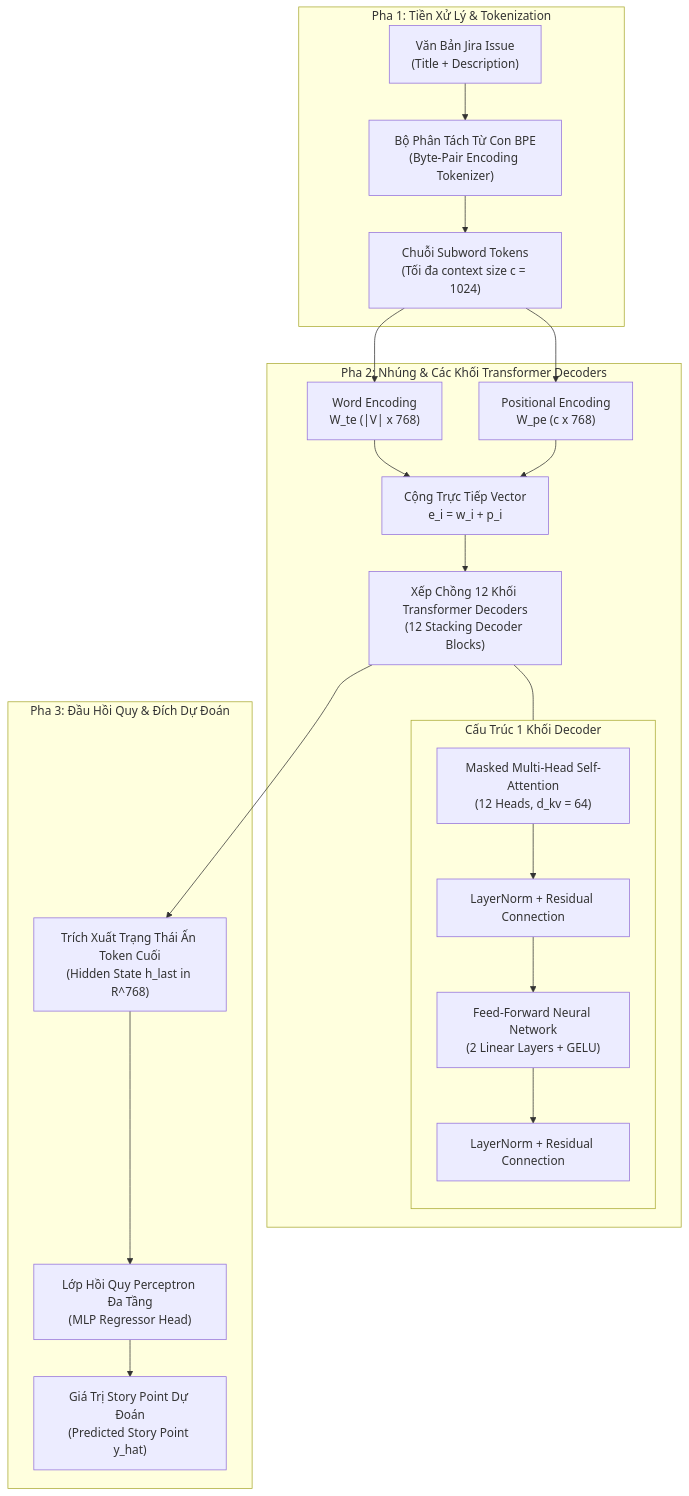
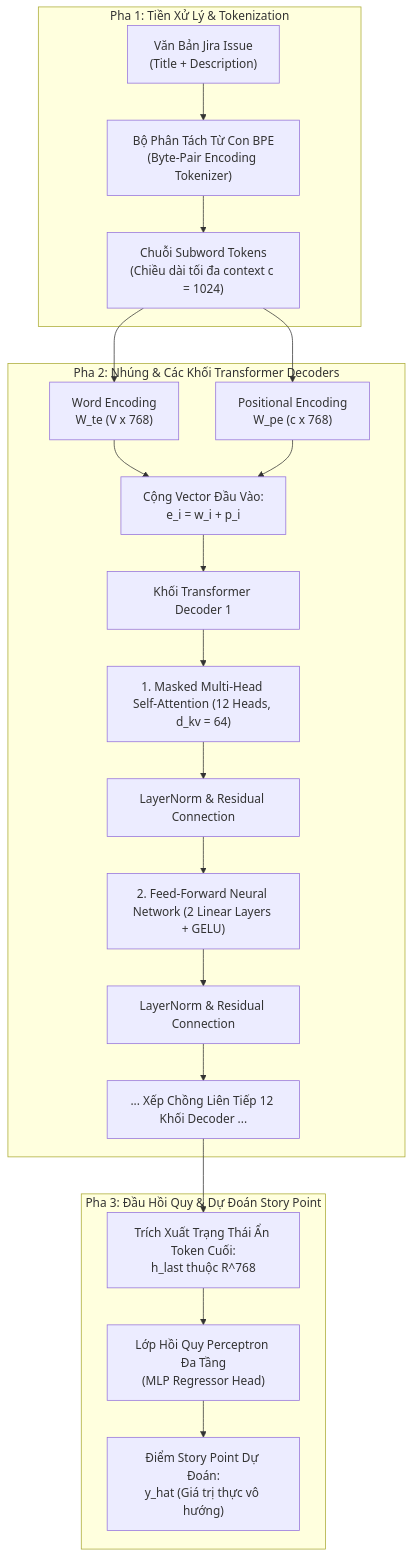
Before and after one commit to snowflake-vibing/NCKH_Johnny_Snowflake: the diagram in docs/articles/paper-information/explanation/03_the_gpt2sp_architecture.md, drawn with Mermaid. The commit also changed other lines of this file, not shown here.

Commit message:
docs(explanation): fix Mermaid diagram syntax and KaTeX display math in Chapter 3

````diff
--- a/docs/articles/paper-information/explanation/03_the_gpt2sp_architecture.md
+++ b/docs/articles/paper-information/explanation/03_the_gpt2sp_architecture.md
@@ -14,28 +14,26 @@
 ```mermaid
 flowchart TD
     subgraph P1["Pha 1: Tiền Xử Lý & Tokenization"]
-        Raw["Văn Bản Jira Issue\n(Title + Description)"] --> BPE["Bộ Phân Tách Từ Con BPE\n(Byte-Pair Encoding Tokenizer)"]
-        BPE --> Subwords["Chuỗi Subword Tokens\n(Tối đa context size c = 1024)"]
+        Raw["Văn Bản Jira Issue<br/>(Title + Description)"] --> BPE["Bộ Phân Tách Từ Con BPE<br/>(Byte-Pair Encoding Tokenizer)"]
+        BPE --> Subwords["Chuỗi Subword Tokens<br/>(Chiều dài tối đa context c = 1024)"]
     end
 
     subgraph P2["Pha 2: Nhúng & Các Khối Transformer Decoders"]
-        Subwords --> WE["Word Encoding\nW_te (|V| x 768)"]
-        Subwords --> PE["Positional Encoding\nW_pe (c x 768)"]
-        WE & PE --> Add["Cộng Trực Tiếp Vector\ne_i = w_i + p_i"]
-        Add --> Blocks["Xếp Chồng 12 Khối Transformer Decoders\n(12 Stacking Decoder Blocks)"]
-        
-        subgraph InsideBlock["Cấu Trúc 1 Khối Decoder"]
-            direction TB
-            Attn["Masked Multi-Head Self-Attention\n(12 Heads, d_kv = 64)"] --> LN1["LayerNorm + Residual Connection"]
-            LN1 --> FFN["Feed-Forward Neural Network\n(2 Linear Layers + GELU)"]
-            FFN --> LN2["LayerNorm + Residual Connection"]
-        end
-        Blocks --- InsideBlock
+        Subwords --> WE["Word Encoding<br/>W_te (V x 768)"]
+        Subwords --> PE["Positional Encoding<br/>W_pe (c x 768)"]
+        WE --> Add["Cộng Vector Đầu Vào:<br/>e_i = w_i + p_i"]
+        PE --> Add
+        Add --> Block1["Khối Transformer Decoder 1"]
+        Block1 --> Attn["1. Masked Multi-Head Self-Attention (12 Heads, d_kv = 64)"]
+        Attn --> LN1["LayerNorm & Residual Connection"]
+        LN1 --> FFN["2. Feed-Forward Neural Network (2 Linear Layers + GELU)"]
+        FFN --> LN2["LayerNorm & Residual Connection"]
+        LN2 --> Stack["... Xếp Chồng Liên Tiếp 12 Khối Decoder ..."]
     end
 
-    subgraph P3["Pha 3: Đầu Hồi Quy & Đích Dự Đoán"]
-        Blocks --> LastToken["Trích Xuất Trạng Thái Ẩn Token Cuối\n(Hidden State h_last in R^768)"]
-        LastToken --> MLP["Lớp Hồi Quy Perceptron Đa Tầng\n(MLP Regressor Head)"]
-        MLP --> Output["Giá Trị Story Point Dự Đoán\n(Predicted Story Point y_hat)"]
+    subgraph P3["Pha 3: Đầu Hồi Quy & Dự Đoán Story Point"]
+        Stack --> LastToken["Trích Xuất Trạng Thái Ẩn Token Cuối:<br/>h_last thuộc R^768"]
+        LastToken --> MLP["Lớp Hồi Quy Perceptron Đa Tầng<br/>(MLP Regressor Head)"]
+        MLP --> Output["Điểm Story Point Dự Đoán:<br/>y_hat (Giá trị thực vô hướng)"]
     end
 ```
````
